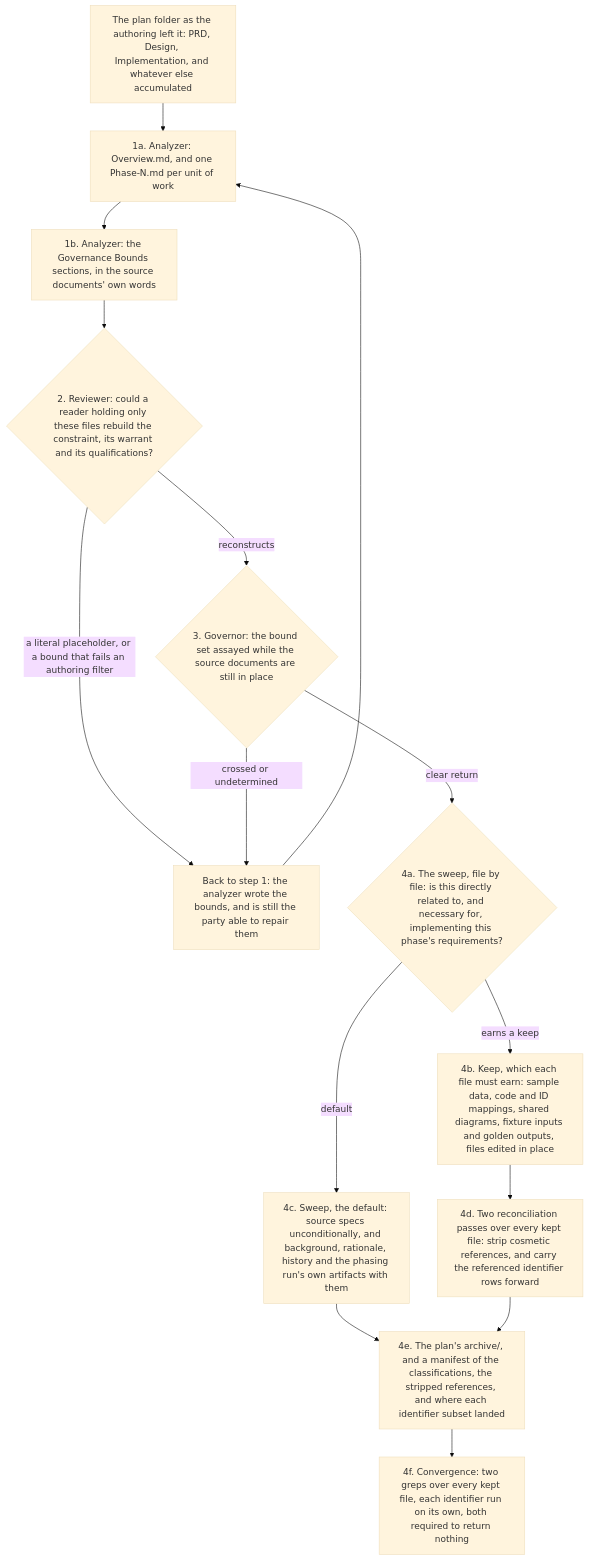
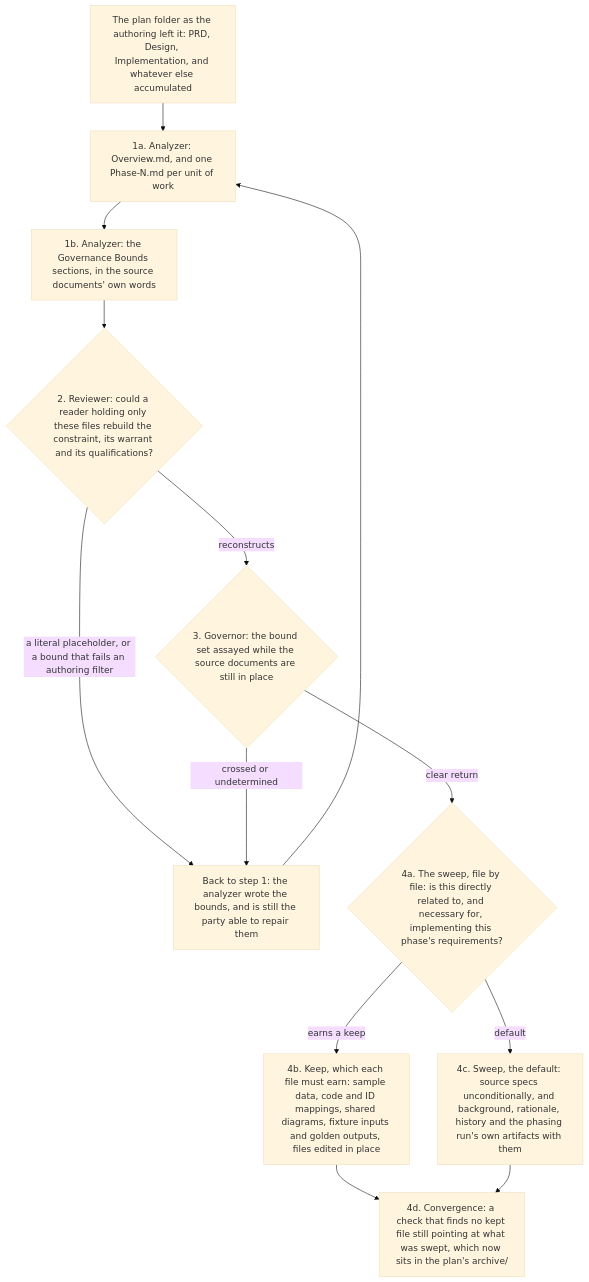
Before and after one commit to EricBLivingston/corpus-iuris: the diagram in docs/pipeline.md, drawn with Mermaid (base theme). The commit also changed other lines of this file and 11 other files, not shown here.

````diff
--- a/docs/pipeline.md
+++ b/docs/pipeline.md
@@ -53,28 +53,24 @@
 ```mermaid
 flowchart TD
   SPECS["The plan folder as the authoring left it: PRD, Design, Implementation, and whatever else accumulated"]
   WRITE["1a. Analyzer: Overview.md, and one Phase-N.md per unit of work"]
   BOUNDS["1b. Analyzer: the Governance Bounds sections, in the source documents' own words"]
   REVIEW{"2. Reviewer: could a reader holding only these files rebuild the constraint, its warrant and its qualifications?"}
   BACK["Back to step 1: the analyzer wrote the bounds, and is still the party able to repair them"]
   ASSAY{"3. Governor: the bound set assayed while the source documents are still in place"}
   CLASSIFY{"4a. The sweep, file by file: is this directly related to, and necessary for, implementing this phase's requirements?"}
   KEEP["4b. Keep, which each file must earn: sample data, code and ID mappings, shared diagrams, fixture inputs and golden outputs, files edited in place"]
   DROP["4c. Sweep, the default: source specs unconditionally, and background, rationale, history and the phasing run's own artifacts with them"]
-  RECON["4d. Two reconciliation passes over every kept file: strip cosmetic references, and carry the referenced identifier rows forward"]
-  ARCHIVE["4e. The plan's archive/, and a manifest of the classifications, the stripped references, and where each identifier subset landed"]
-  CONVERGE["4f. Convergence: two greps over every kept file, each identifier run on its own, both required to return nothing"]
+  CLOSE["4d. Convergence: a check that finds no kept file still pointing at what was swept, which now sits in the plan's archive/"]
 
   SPECS --> WRITE --> BOUNDS --> REVIEW
   REVIEW -->|"a literal placeholder, or a bound that fails an authoring filter"| BACK
   BACK --> WRITE
   REVIEW -->|"reconstructs"| ASSAY
   ASSAY -->|"crossed or undetermined"| BACK
   ASSAY -->|"clear return"| CLASSIFY
   CLASSIFY -->|"earns a keep"| KEEP
   CLASSIFY -->|"default"| DROP
-  KEEP --> RECON
-  DROP --> ARCHIVE
-  RECON --> ARCHIVE
-  ARCHIVE --> CONVERGE
+  KEEP --> CLOSE
+  DROP --> CLOSE
 ```
````
